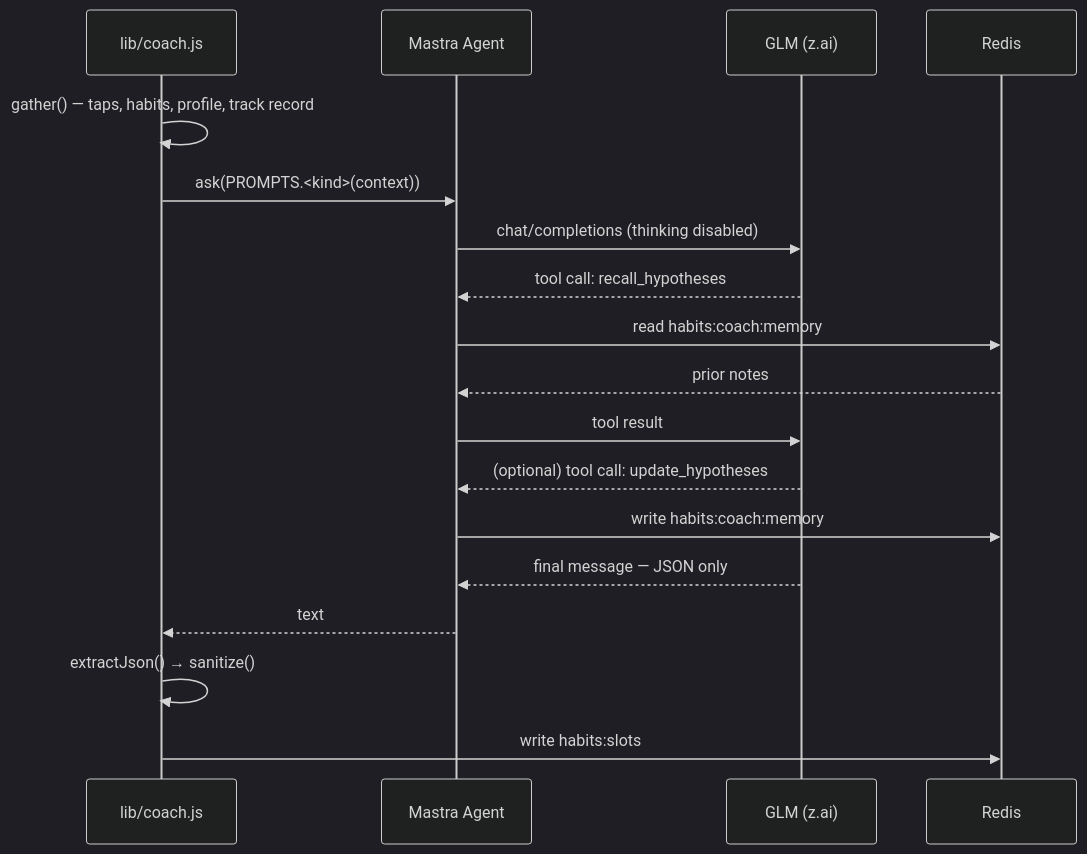
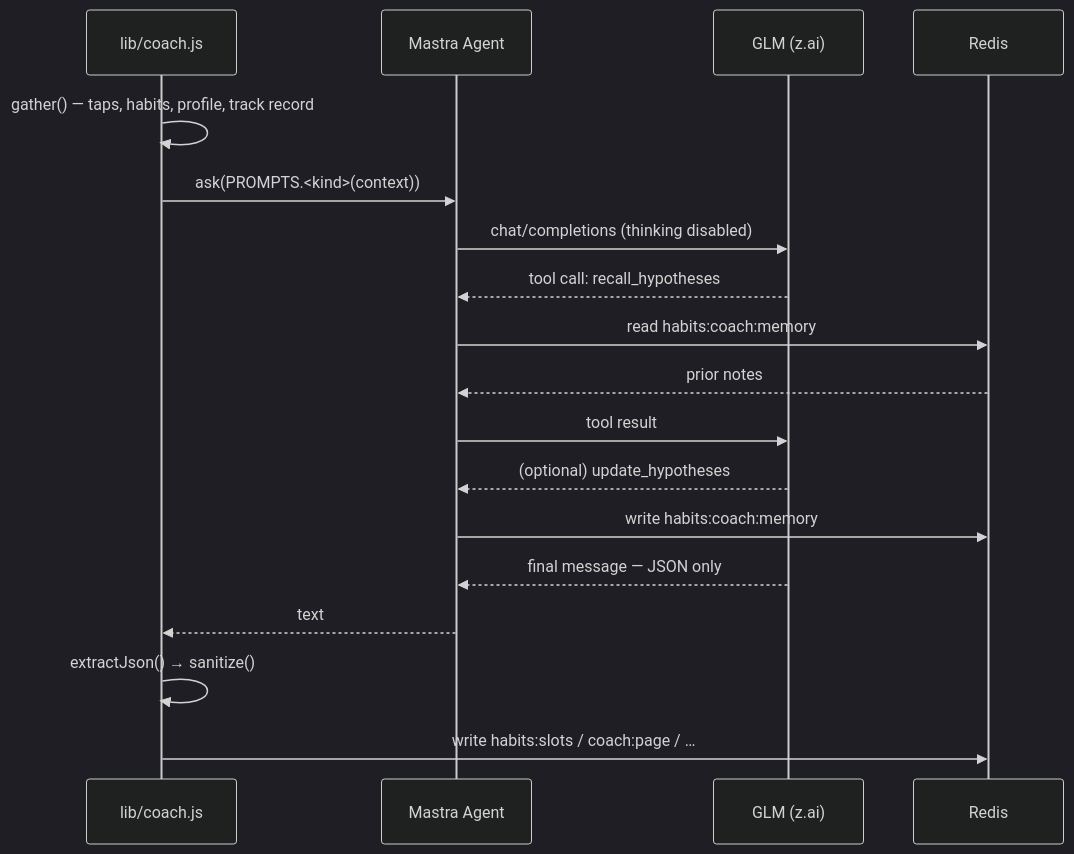
One commit to shaiss/StreamDeckHabitTracker changed the diagram in docs/MASTRA.md. Above: the diagram before and after it, drawn with Mermaid (dark theme). The commit also changed other lines of this file, not shown here.

First line of the commit message:
docs: MASTRA.md — current coach/Mastra wiring (#66)

````diff
--- a/docs/MASTRA.md
+++ b/docs/MASTRA.md
@@ -115,21 +158,21 @@
 ```mermaid
 sequenceDiagram
     participant C as lib/coach.js
     participant A as Mastra Agent
     participant M as GLM (z.ai)
     participant R as Redis
 
     C->>C: gather() — taps, habits, profile, track record
     C->>A: ask(PROMPTS.<kind>(context))
     A->>M: chat/completions (thinking disabled)
     M-->>A: tool call: recall_hypotheses
     A->>R: read habits:coach:memory
     R-->>A: prior notes
     A->>M: tool result
-    M-->>A: (optional) tool call: update_hypotheses
+    M-->>A: (optional) update_hypotheses
     A->>R: write habits:coach:memory
     M-->>A: final message — JSON only
     A-->>C: text
     C->>C: extractJson() → sanitize()
-    C->>R: write habits:slots
+    C->>R: write habits:slots / coach:page / …
 ```
````
